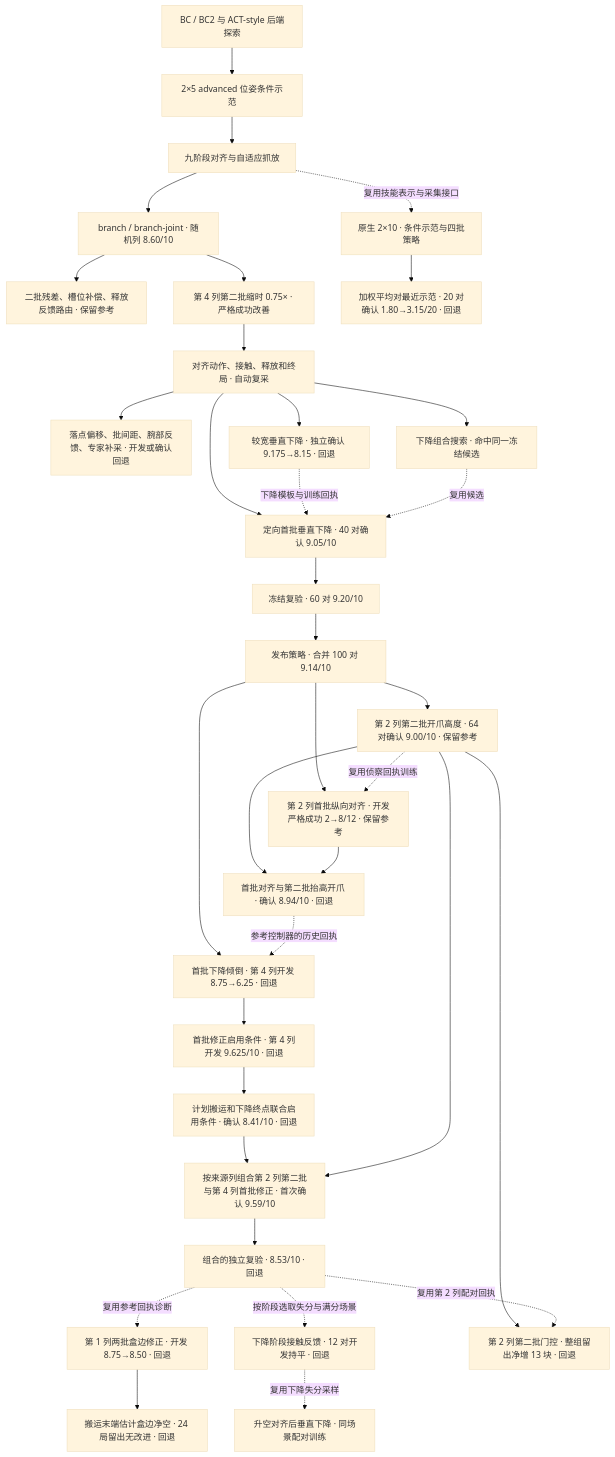
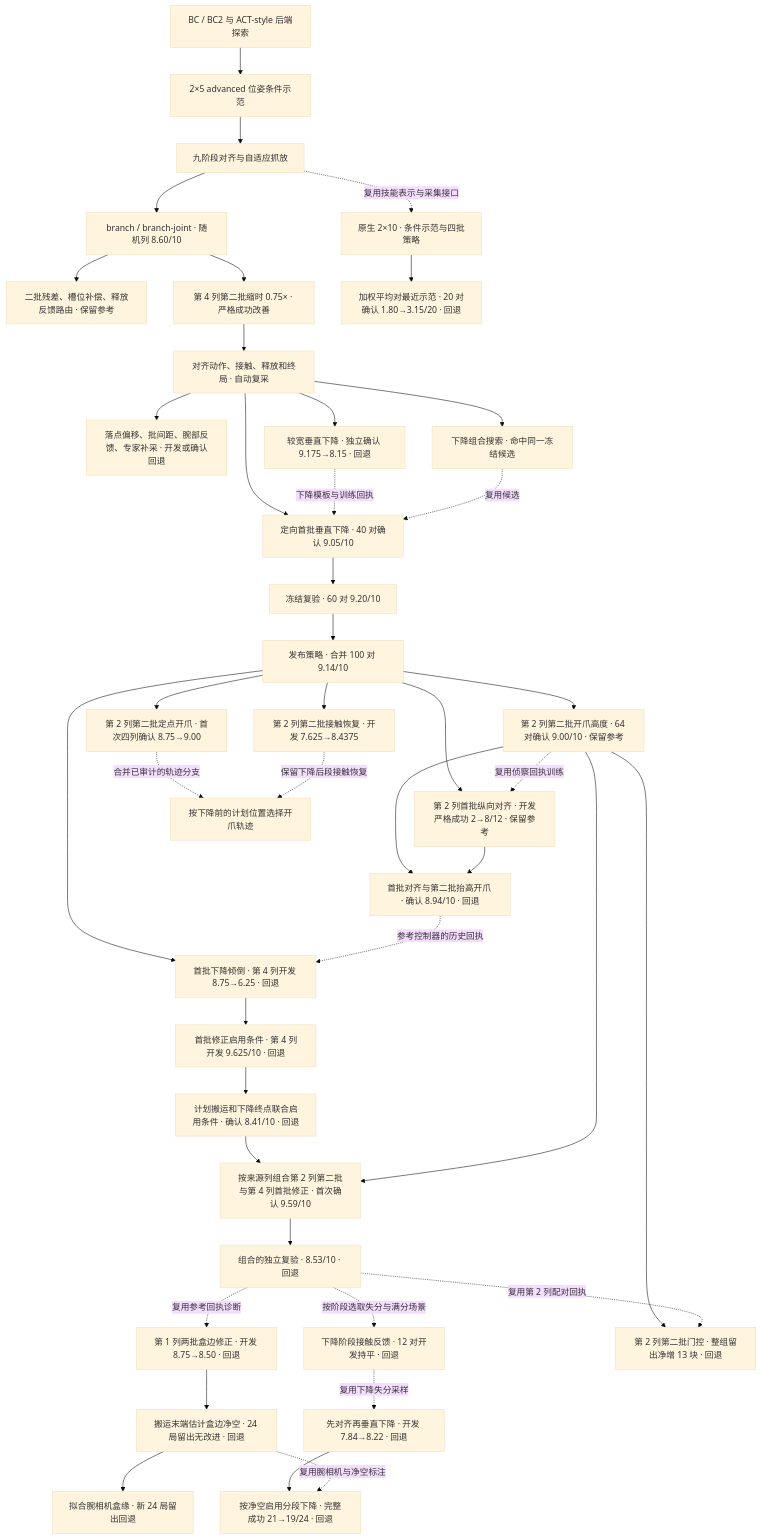
The second of 2 diagrams in docs/A3_EXPERIMENT_TREE.md (haiyouxiaji/a3-agent-optimizer), drawn with Mermaid (base theme) before and after one commit. The commit also changed other lines of this file and 50 other files, not shown here.

````diff
--- a/docs/A3_EXPERIMENT_TREE.md
+++ b/docs/A3_EXPERIMENT_TREE.md
@@ -19,37 +19,44 @@
 ```mermaid
 flowchart TD
     BC["BC / BC2 与 ACT-style 后端探索"] --> ADV["2×5 advanced 位姿条件示范"]
     ADV --> PH["九阶段对齐与自适应抓放"]
     PH --> BJ["branch / branch-joint · 随机列 8.60/10"]
     BJ --> REL["二批残差、槽位补偿、释放反馈路由 · 保留参考"]
     BJ --> TIM["第 4 列第二批缩时 0.75× · 严格成功改善"]
     TIM --> DIAG["对齐动作、接触、释放和终局 · 自动复采"]
     DIAG --> OFF["落点偏移、批间距、腕部反馈、专家补采 · 开发或确认回退"]
     DIAG --> WIDE["较宽垂直下降 · 独立确认 9.175→8.15 · 回退"]
     DIAG --> FOCUS["定向首批垂直下降 · 40 对确认 9.05/10"]
     WIDE -.->|下降模板与训练回执| FOCUS
     DIAG --> DUP["下降组合搜索 · 命中同一冻结候选"]
     DUP -.->|复用候选| FOCUS
     FOCUS --> REP["冻结复验 · 60 对 9.20/10"]
     REP --> BEST["发布策略 · 合并 100 对 9.14/10"]
     BEST --> HOVER["第 2 列第二批开爪高度 · 64 对确认 9.00/10 · 保留参考"]
     BEST --> ROW["第 2 列首批纵向对齐 · 开发严格成功 2→8/12 · 保留参考"]
     HOVER -.->|复用侦察回执训练| ROW
     HOVER --> COMPOSE["首批对齐与第二批抬高开爪 · 确认 8.94/10 · 回退"]
     ROW --> COMPOSE
     BEST --> FIRSTHOVER["首批下降倾倒 · 第 4 列开发 8.75→6.25 · 回退"]
     COMPOSE -.->|参考控制器的历史回执| FIRSTHOVER
     FIRSTHOVER --> GUARD["首批修正启用条件 · 第 4 列开发 9.625/10 · 回退"]
     GUARD --> PROJECT["计划搬运和下降终点联合启用条件 · 确认 8.41/10 · 回退"]
     PROJECT --> ROUTED["按来源列组合第 2 列第二批与第 4 列首批修正 · 首次确认 9.59/10"]
     HOVER --> ROUTED
     ROUTED --> ROUTEDREP["组合的独立复验 · 8.53/10 · 回退"]
     ROUTEDREP -.->|复用参考回执诊断| WALL["第 1 列两批盒边修正 · 开发 8.75→8.50 · 回退"]
     WALL --> SENSE["搬运末端估计盒边净空 · 24 局留出无改进 · 回退"]
+    SENSE --> EDGES["拟合腕相机盒缘 · 新 24 局留出回退"]
     ROUTEDREP -.->|按阶段选取失分与满分场景| FORCE["下降阶段接触反馈 · 12 对开发持平 · 回退"]
     HOVER --> LATE["第 2 列第二批门控 · 整组留出净增 13 块 · 回退"]
     ROUTEDREP -.->|复用第 2 列配对回执| LATE
-    FORCE -.->|复用下降失分采样| STAGED["升空对齐后垂直下降 · 同场景配对训练"]
+    FORCE -.->|复用下降失分采样| STAGED["先对齐再垂直下降 · 开发 7.84→8.22 · 回退"]
+    STAGED --> STAGEDGATE["按净空启用分段下降 · 完整成功 21→19/24 · 回退"]
+    SENSE -.->|复用腕相机与净空标注| STAGEDGATE
+    BEST --> HOLD["第 2 列第二批定点开爪 · 首次四列确认 8.75→9.00"]
+    BEST --> RECOVERY["第 2 列第二批接触恢复 · 开发 7.625→8.4375"]
+    HOLD -.->|合并已审计的轨迹分支| RELEASEGATE["按下降前的计划位置选择开爪轨迹"]
+    RECOVERY -.->|保留下降后段接触恢复| RELEASEGATE
     PH -.->|复用技能表示与采集接口| TEN["原生 2×10 · 条件示范与四批策略"]
     TEN --> TR["加权平均对最近示范 · 20 对确认 1.80→3.15/20 · 回退"]
 ```
````
